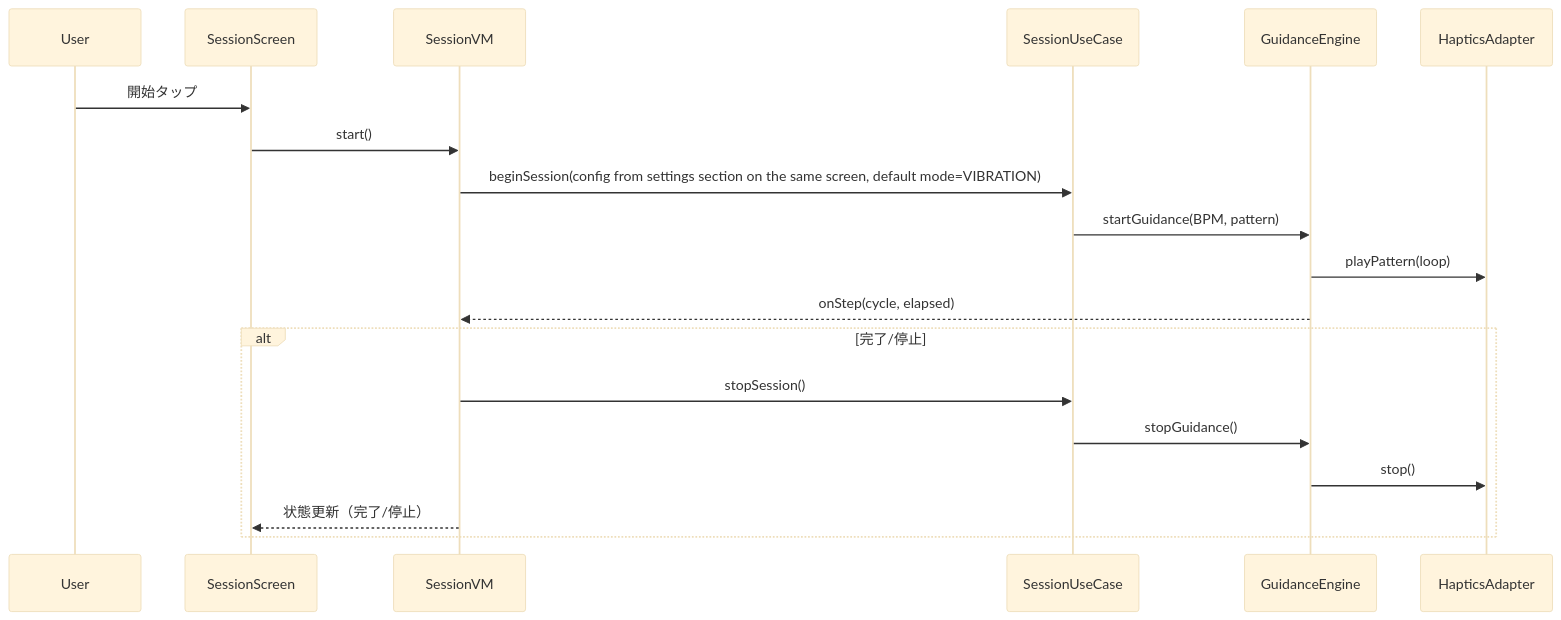
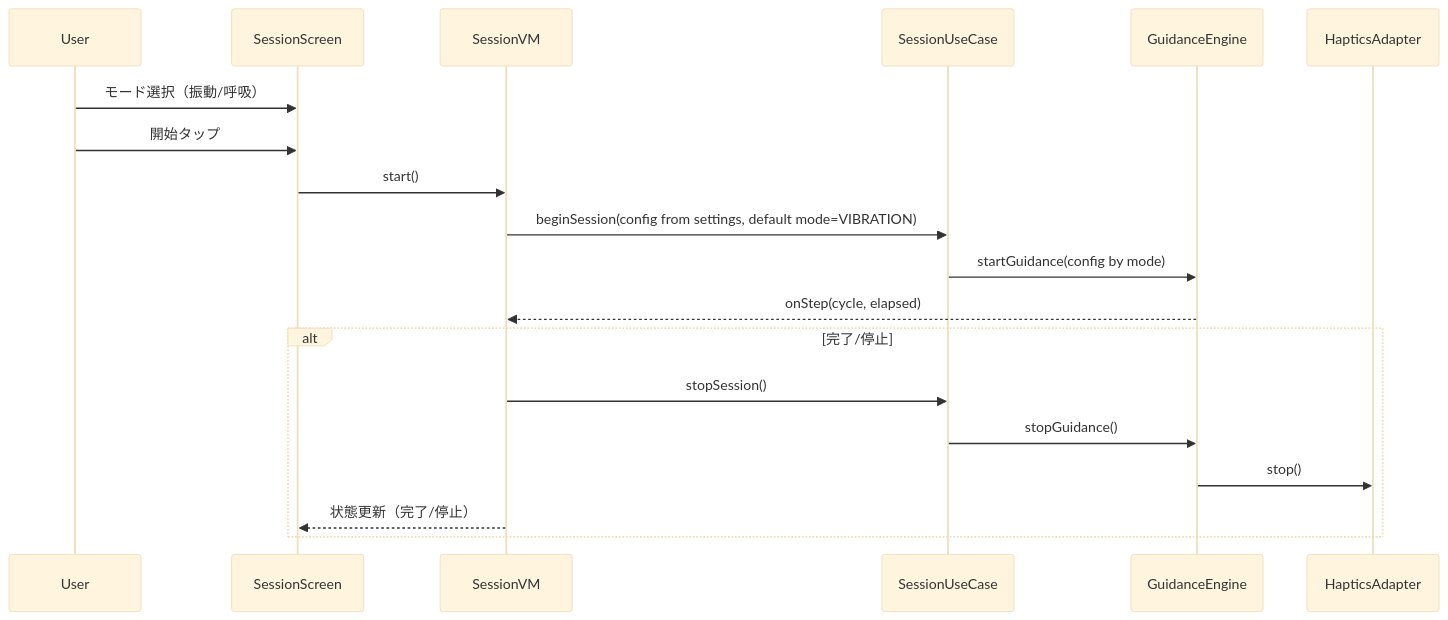
One commit to n4cl/CalmVibe changed the second of 2 diagrams in .kiro/specs/calm-heart-rate-app/design.md. Above: the diagram before and after it, drawn with Mermaid (base theme). The commit also changed other lines of this file and 3 other files, not shown here.

````diff
--- a/.kiro/specs/calm-heart-rate-app/design.md
+++ b/.kiro/specs/calm-heart-rate-app/design.md
@@ -45,22 +45,22 @@
 ```mermaid
 sequenceDiagram
   participant User
   participant UI as SessionScreen
   participant VM as SessionVM
   participant UC as SessionUseCase
   participant GE as GuidanceEngine
   participant HA as HapticsAdapter
 
+  User->>UI: モード選択（振動/呼吸）
   User->>UI: 開始タップ
   UI->>VM: start()
-  VM->>UC: beginSession(config from settings section on the same screen, default mode=VIBRATION)
-  UC->>GE: startGuidance(BPM, pattern)
-  GE->>HA: playPattern(loop)
+  VM->>UC: beginSession(config from settings, default mode=VIBRATION)
+  UC->>GE: startGuidance(config by mode)
   GE-->>VM: onStep(cycle, elapsed)
   alt 完了/停止
     VM->>UC: stopSession()
     UC->>GE: stopGuidance()
     GE->>HA: stop()
     VM-->>UI: 状態更新（完了/停止）
   end
 ```
````
